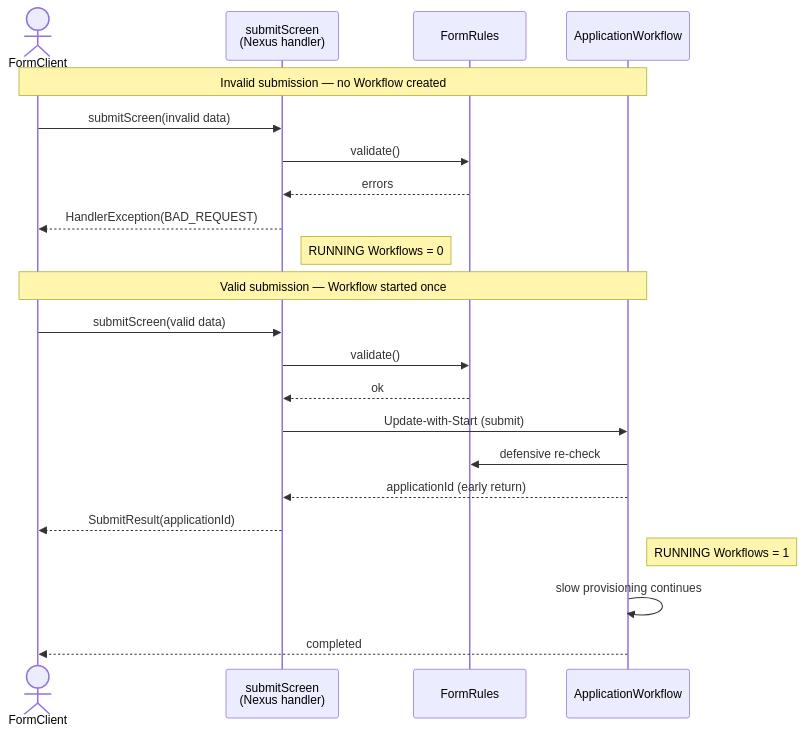
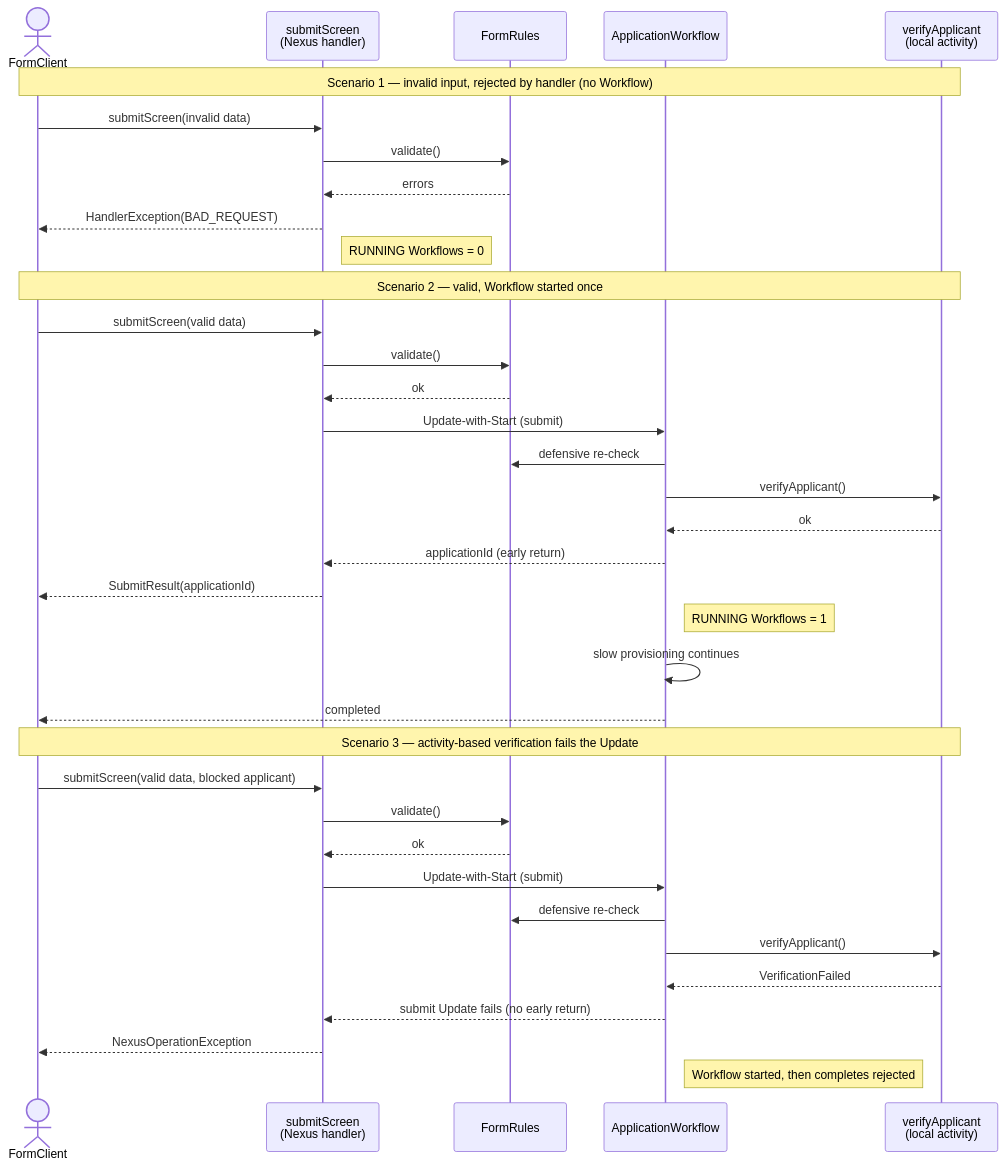
The diagram in src/main/java/io/temporal/samples/formValidation/README.md (taonic/my-samples-java), drawn with Mermaid before and after one commit. The commit also changed other lines of this file and 4 other files, not shown here.

````diff
--- a/src/main/java/io/temporal/samples/formValidation/README.md
+++ b/src/main/java/io/temporal/samples/formValidation/README.md
@@ -55,26 +66,41 @@
 ```mermaid
 sequenceDiagram
     actor Client as FormClient
     participant Handler as submitScreen<br/>(Nexus handler)
     participant Rules as FormRules
     participant WF as ApplicationWorkflow
+    participant Act as verifyApplicant<br/>(local activity)
 
-    Note over Client,WF: Invalid submission — no Workflow created
+    Note over Client,Act: Scenario 1 — invalid input, rejected by handler (no Workflow)
     Client->>Handler: submitScreen(invalid data)
     Handler->>Rules: validate()
     Rules-->>Handler: errors
     Handler-->>Client: HandlerException(BAD_REQUEST)
     Note right of Handler: RUNNING Workflows = 0
 
-    Note over Client,WF: Valid submission — Workflow started once
+    Note over Client,Act: Scenario 2 — valid, Workflow started once
     Client->>Handler: submitScreen(valid data)
     Handler->>Rules: validate()
     Rules-->>Handler: ok
     Handler->>WF: Update-with-Start (submit)
     WF->>Rules: defensive re-check
+    WF->>Act: verifyApplicant()
+    Act-->>WF: ok
     WF-->>Handler: applicationId (early return)
     Handler-->>Client: SubmitResult(applicationId)
     Note right of WF: RUNNING Workflows = 1
     WF->>WF: slow provisioning continues
     WF-->>Client: completed
+
+    Note over Client,Act: Scenario 3 — activity-based verification fails the Update
+    Client->>Handler: submitScreen(valid data, blocked applicant)
+    Handler->>Rules: validate()
+    Rules-->>Handler: ok
+    Handler->>WF: Update-with-Start (submit)
+    WF->>Rules: defensive re-check
+    WF->>Act: verifyApplicant()
+    Act-->>WF: VerificationFailed
+    WF-->>Handler: submit Update fails (no early return)
+    Handler-->>Client: NexusOperationException
+    Note right of WF: Workflow started, then completes rejected
 ```
````
